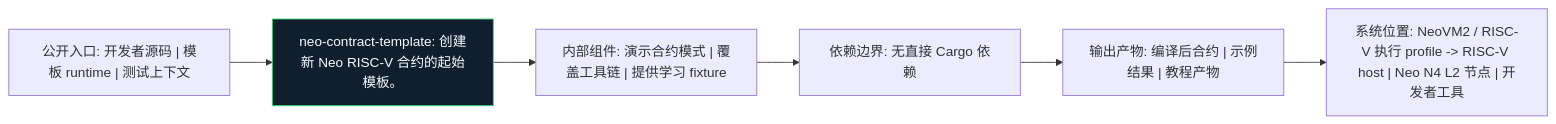
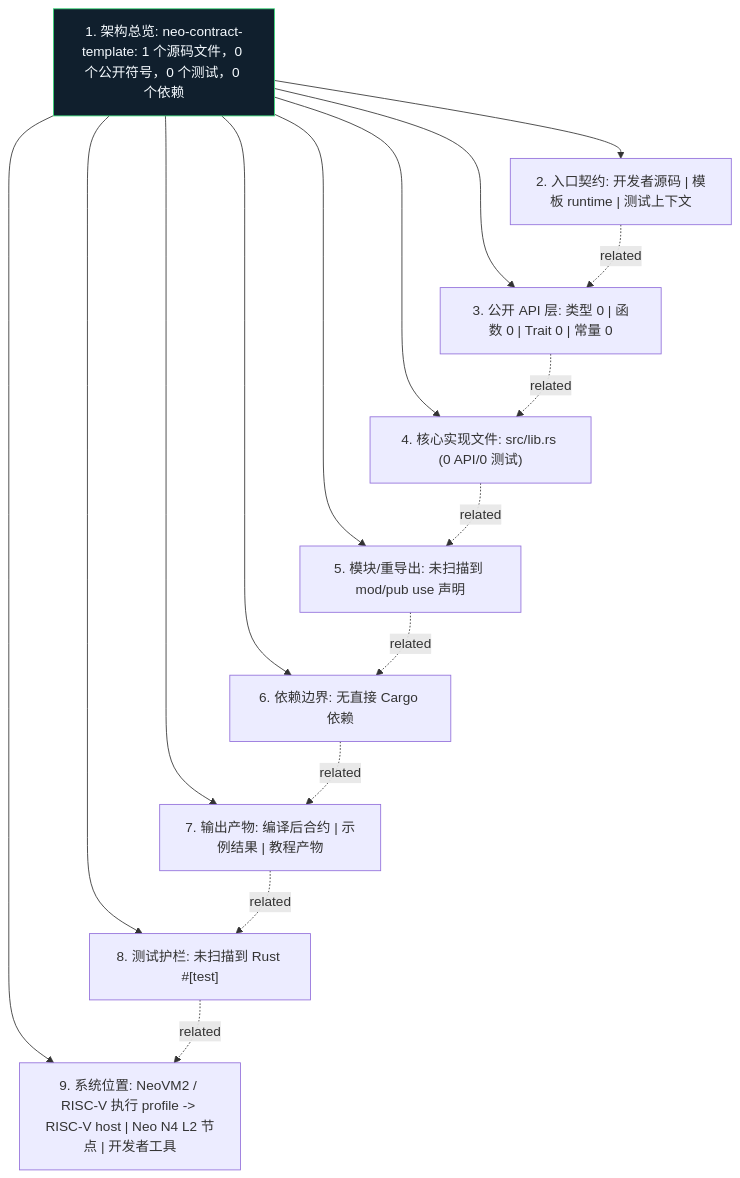
The diagram in templates/contract/docs/figures/architecture.zh.mmd (r3e-network/neo-riscv-vm), drawn with Mermaid before and after one commit. The commit also changed 571 other files, not shown here.

Commit message:
Deepen crate diagrams with source-aware atlas

```diff
--- a/templates/contract/docs/figures/architecture.zh.mmd
+++ b/templates/contract/docs/figures/architecture.zh.mmd
@@ -1,14 +1,27 @@
-flowchart LR
-    N1["公开入口: 开发者源码 | 模板 runtime | 测试上下文"]
-    N2["neo-contract-template: 创建新 Neo RISC-V 合约的起始模板。"]
-    N3["内部组件: 演示合约模式 | 覆盖工具链 | 提供学习 fixture"]
-    N4["依赖边界: 无直接 Cargo 依赖"]
-    N5["输出产物: 编译后合约 | 示例结果 | 教程产物"]
-    N6["系统位置: NeoVM2 / RISC-V 执行 profile -> RISC-V host | Neo N4 L2 节点 | 开发者工具"]
+flowchart TB
+    N1["1. 架构总览: neo-contract-template: 1 个源码文件，0 个公开符号，0 个测试，0 个依赖"]
+    N2["2. 入口契约: 开发者源码 | 模板 runtime | 测试上下文"]
+    N3["3. 公开 API 层: 类型 0 | 函数 0 | Trait 0 | 常量 0"]
+    N4["4. 核心实现文件: src/lib.rs (0 API/0 测试)"]
+    N5["5. 模块/重导出: 未扫描到 mod/pub use 声明"]
+    N6["6. 依赖边界: 无直接 Cargo 依赖"]
+    N7["7. 输出产物: 编译后合约 | 示例结果 | 教程产物"]
+    N8["8. 测试护栏: 未扫描到 Rust #[test]"]
+    N9["9. 系统位置: NeoVM2 / RISC-V 执行 profile -> RISC-V host | Neo N4 L2 节点 | 开发者工具"]
     N1 --> N2
-    N2 --> N3
-    N3 --> N4
-    N4 --> N5
-    N5 --> N6
+    N1 --> N3
+    N1 --> N4
+    N1 --> N5
+    N1 --> N6
+    N1 --> N7
+    N1 --> N8
+    N1 --> N9
+    N2 -. related .-> N3
+    N3 -. related .-> N4
+    N4 -. related .-> N5
+    N5 -. related .-> N6
+    N6 -. related .-> N7
+    N7 -. related .-> N8
+    N8 -. related .-> N9
     classDef crate fill:#101f2d,stroke:#38d978,color:#f6fbff
-    class N2 crate
+    class N1 crate
```
